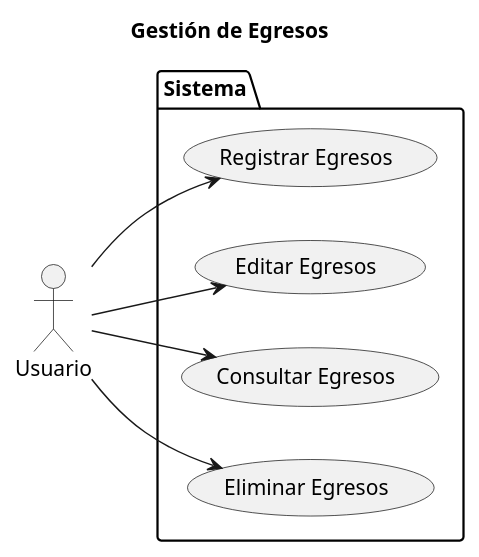
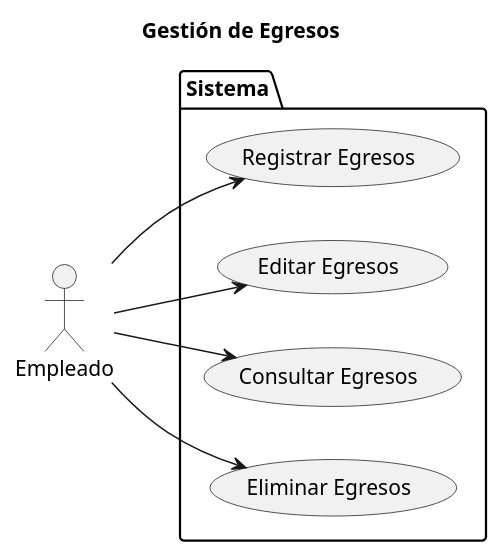
The diagram in Diagramas/casos_de_uso_Egresos.plantuml (marcelolezcanodev/GarageGuru), drawn with PlantUML before and after one commit. The commit also changed 1 other file, not shown here.

Commit message:
cambiar actor de usuario a empleado

```diff
--- a/Diagramas/casos_de_uso_Egresos.plantuml
+++ b/Diagramas/casos_de_uso_Egresos.plantuml
@@ -1,23 +1,23 @@
-@startuml usuario
+@startuml caso_de_uso_egresos
 
 left to right direction
 
 title Gestión de Egresos
 
-actor Usuario as User
+actor Empleado as User
 
 package Sistema {
 
     USECASE "Registrar Egresos" as UC_Registrar
     USECASE "Editar Egresos" as UC_Editar
     USECASE "Consultar Egresos" as UC_Consultar
     USECASE "Eliminar Egresos" as UC_Eliminar
 
 }
 
 User --> UC_Registrar
 User --> UC_Editar
 User --> UC_Consultar
 User --> UC_Eliminar
 
 @enduml
```
